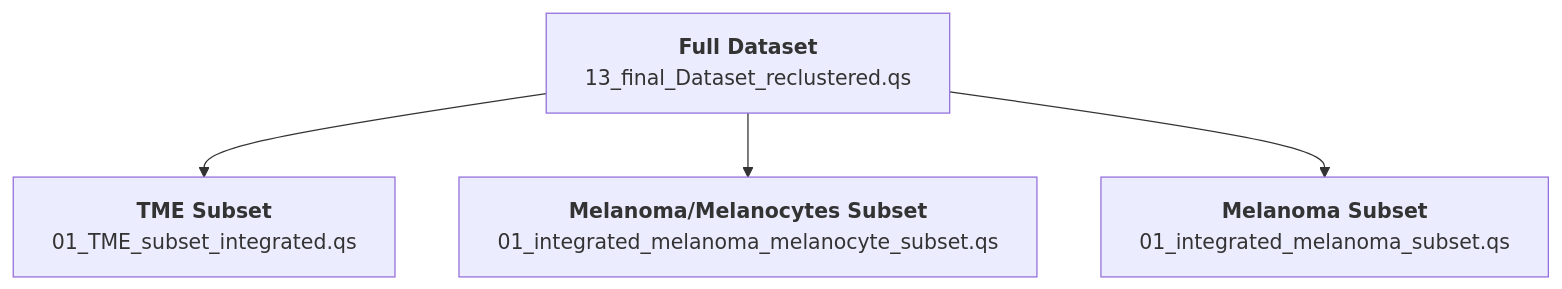
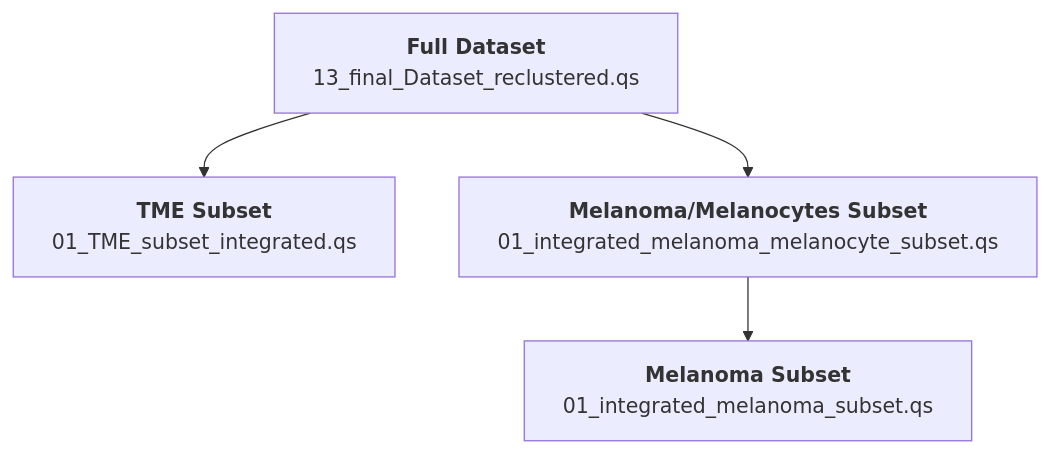
Before and after one commit to LevesqueLabHub/UMscAtlas: the diagram in README.md, drawn with Mermaid. The commit also changed other lines of this file, not shown here.

````diff
--- a/README.md
+++ b/README.md
@@ -44,6 +48,6 @@
 ```mermaid
 graph TD
   A[<b>Full Dataset</b><br/>13_final_Dataset_reclustered.qs] --> B[<b>TME Subset</b><br/>01_TME_subset_integrated.qs]
   A --> C[<b>Melanoma/Melanocytes Subset</b><br/>01_integrated_melanoma_melanocyte_subset.qs]
-  A --> D[<b>Melanoma Subset</b><br/>01_integrated_melanoma_subset.qs]
+  C --> D[<b>Melanoma Subset</b><br/>01_integrated_melanoma_subset.qs]
 ```
````
